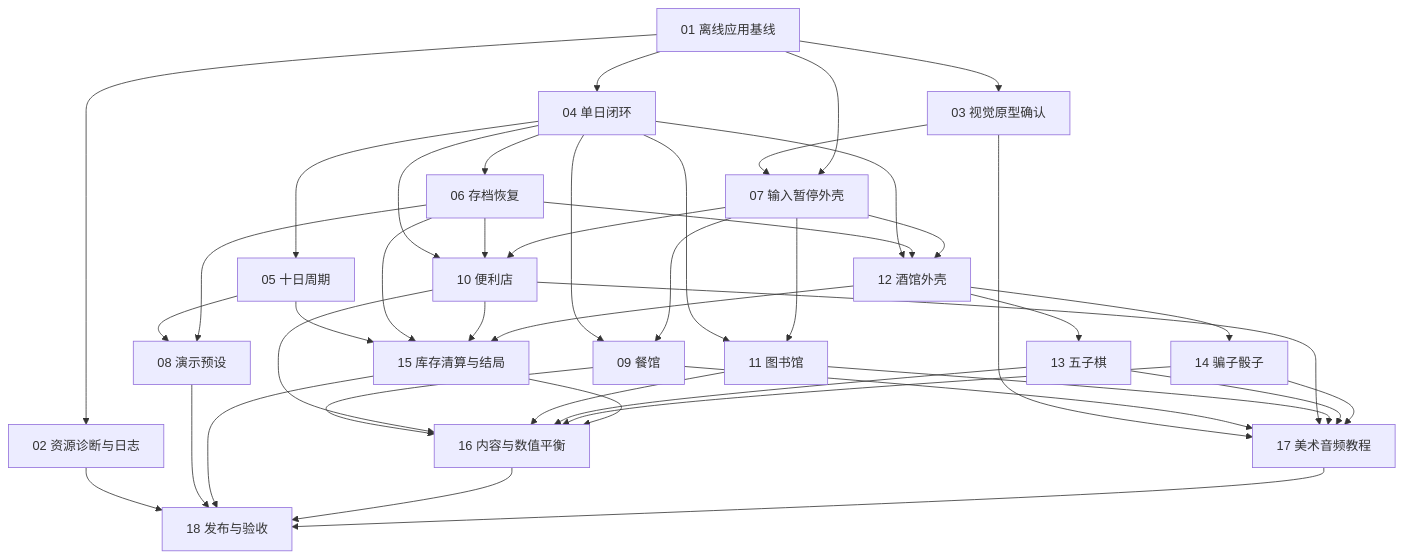
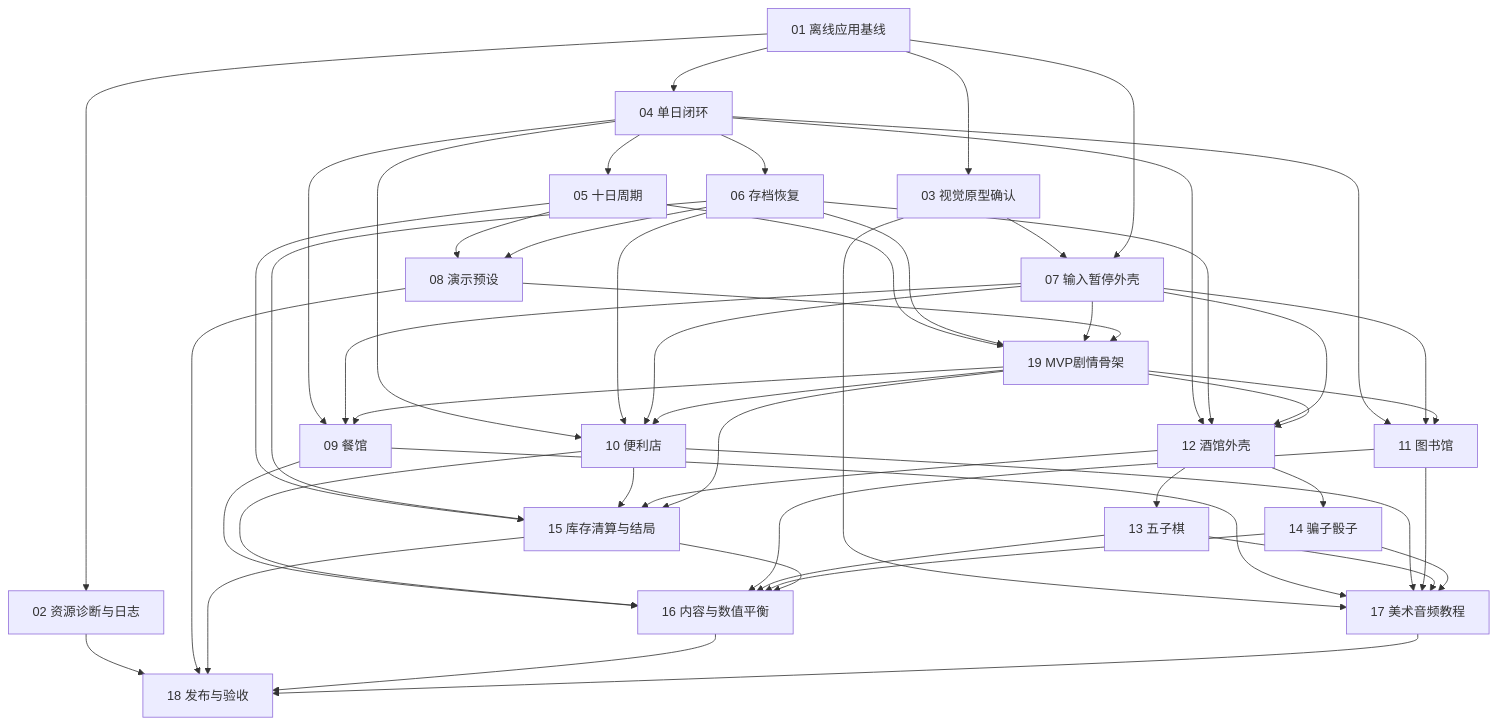
One commit to ljm-hsw/-666 changed the diagram in docs/PROJECT_PLAN.md. Above: the diagram before and after it, drawn with Mermaid. The commit also changed other lines of this file and 22 other files, not shown here.

````diff
--- a/docs/PROJECT_PLAN.md
+++ b/docs/PROJECT_PLAN.md
@@ -29,45 +29,54 @@
 ```mermaid
 flowchart TD
     I01["01 离线应用基线"] --> I02["02 资源诊断与日志"]
     I01 --> I03["03 视觉原型确认"]
     I01 --> I04["04 单日闭环"]
     I04 --> I05["05 十日周期"]
     I04 --> I06["06 存档恢复"]
     I03 --> I07["07 输入暂停外壳"]
     I01 --> I07
     I05 --> I08["08 演示预设"]
     I06 --> I08
+    I05 --> I19["19 MVP剧情骨架"]
+    I06 --> I19
+    I07 --> I19
+    I08 --> I19
     I04 --> I09["09 餐馆"]
     I07 --> I09
+    I19 --> I09
     I04 --> I10["10 便利店"]
     I06 --> I10
     I07 --> I10
+    I19 --> I10
     I04 --> I11["11 图书馆"]
     I07 --> I11
+    I19 --> I11
     I04 --> I12["12 酒馆外壳"]
     I06 --> I12
     I07 --> I12
+    I19 --> I12
     I12 --> I13["13 五子棋"]
     I12 --> I14["14 骗子骰子"]
     I05 --> I15["15 库存清算与结局"]
     I06 --> I15
     I10 --> I15
     I12 --> I15
+    I19 --> I15
     I09 --> I16["16 内容与数值平衡"]
     I10 --> I16
     I11 --> I16
     I13 --> I16
     I14 --> I16
     I15 --> I16
     I03 --> I17["17 美术音频教程"]
     I09 --> I17
     I10 --> I17
     I11 --> I17
     I13 --> I17
     I14 --> I17
     I02 --> I18["18 发布与验收"]
     I08 --> I18
     I15 --> I18
     I16 --> I18
     I17 --> I18
 ```
````
